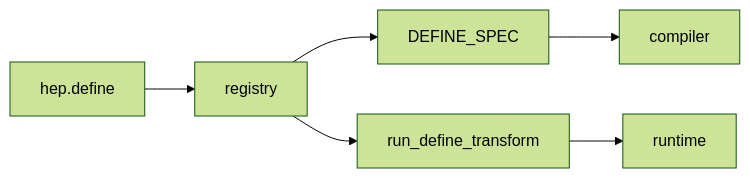
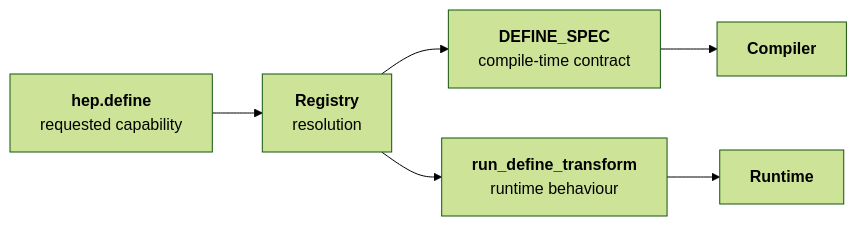
Before and after one commit to FAST-HEP/fasthep-flow: the second of 3 diagrams in docs/extending/operations-and-specs.md, drawn with Mermaid (forest theme). The commit also changed other lines of this file and 9 other files, not shown here.

````diff
--- a/docs/extending/operations-and-specs.md
+++ b/docs/extending/operations-and-specs.md
@@ -81,15 +71,15 @@
 ```{mermaid}
 flowchart LR
-    Author["hep.define"]
-    Registry["registry"]
+    Operation["<b>hep.define</b><br/>requested capability"]:::input
+    Registry["<b>Registry</b><br/>resolution"]:::capability
 
-    Spec["DEFINE_SPEC"]
-    Compiler["compiler"]
+    Spec["<b>DEFINE_SPEC</b><br/>compile-time contract"]:::flow
+    Compiler["<b>Compiler</b>"]:::flow
 
-    Impl["run_define_transform"]
-    Runtime["runtime"]
+    Impl["<b>run_define_transform</b><br/>runtime behaviour"]:::runtime
+    Runtime["<b>Runtime</b>"]:::runtime
 
-    Author --> Registry
+    Operation --> Registry
     Registry --> Spec --> Compiler
     Registry --> Impl --> Runtime
 ```
````
